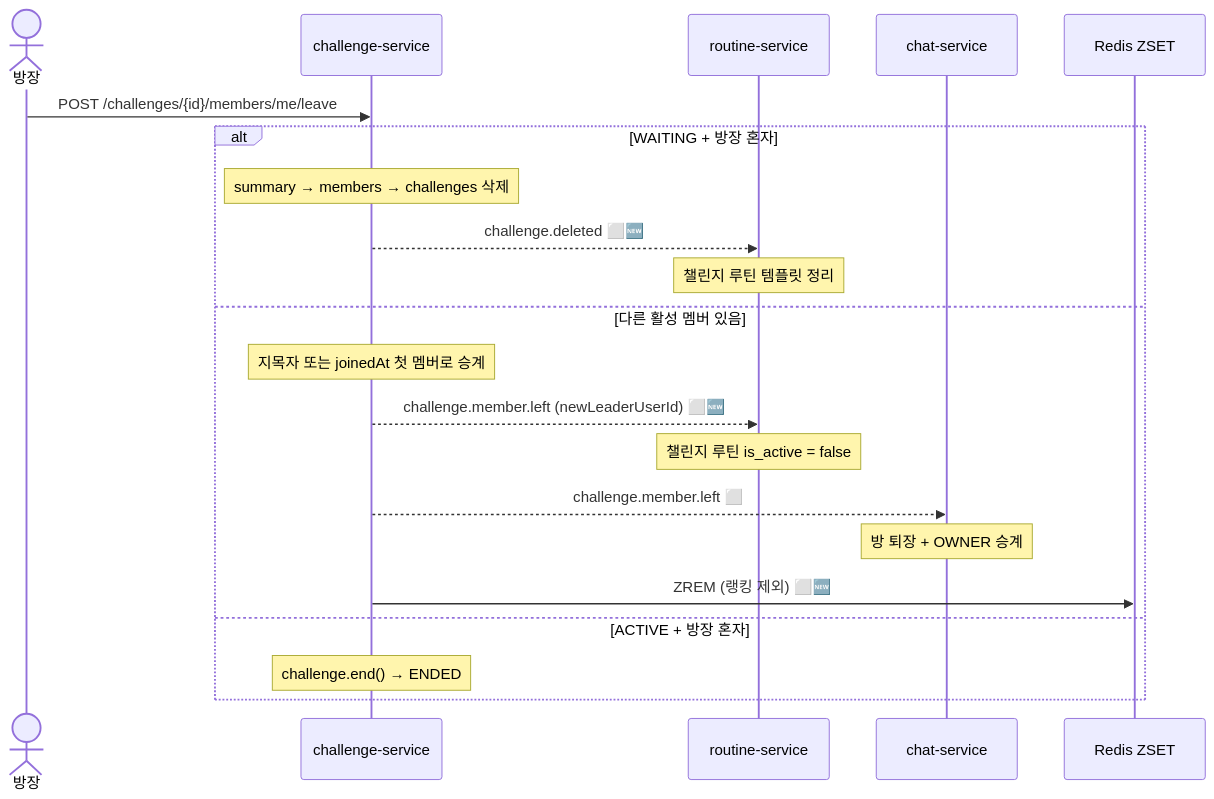
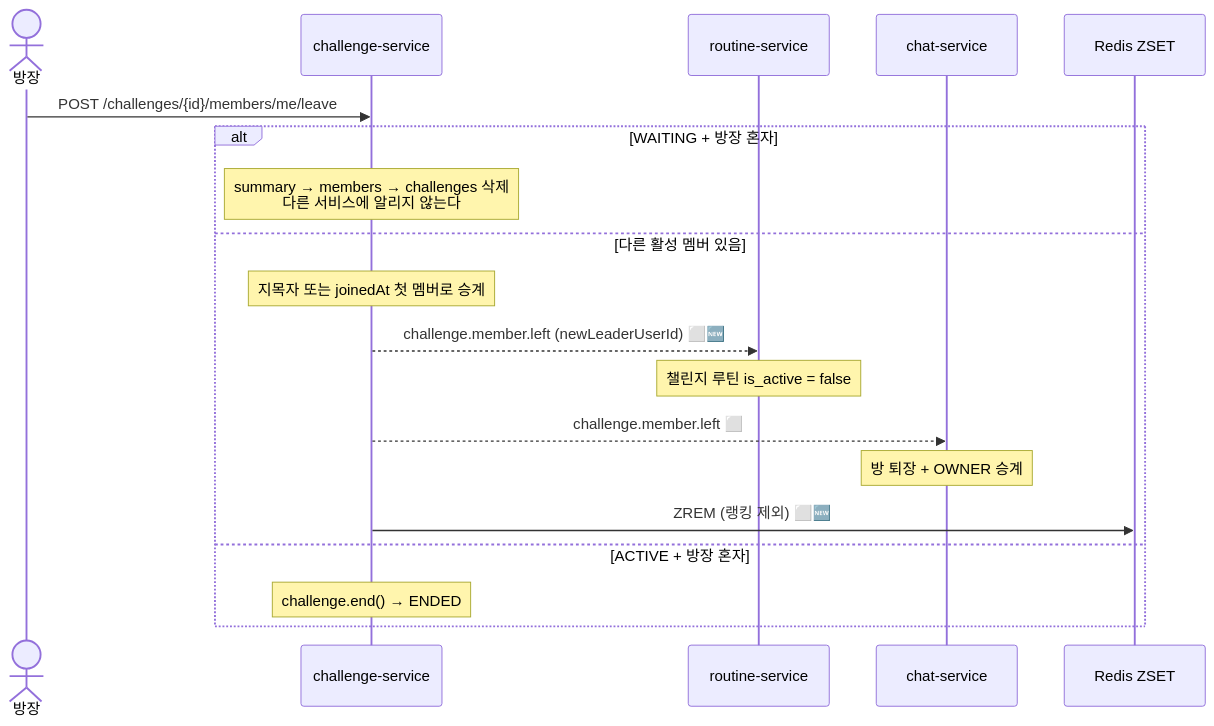
Before and after one commit to routinely-platform/routinely-backend: the fourth of 4 diagrams in docs/architecture/service-interaction-map.md, drawn with Mermaid. The commit also changed other lines of this file and 1 other file, not shown here.

Commit message:
docs: challenge.deleted 철회 — ADR-0044로 소비자가 사라져 ADR-0042 개정

````diff
--- a/docs/architecture/service-interaction-map.md
+++ b/docs/architecture/service-interaction-map.md
@@ -165,25 +164,23 @@
 ```mermaid
 sequenceDiagram
   actor L as 방장
   participant C as challenge-service
   participant R as routine-service
   participant H as chat-service
   participant Rd as Redis ZSET
 
   L->>C: POST /challenges/{id}/members/me/leave
 
   alt WAITING + 방장 혼자
-    Note over C: summary → members → challenges 삭제
-    C-->>R: challenge.deleted ⬜🆕
-    Note over R: 챌린지 루틴 템플릿 정리
+    Note over C: summary → members → challenges 삭제<br/>다른 서비스에 알리지 않는다
   else 다른 활성 멤버 있음
     Note over C: 지목자 또는 joinedAt 첫 멤버로 승계
     C-->>R: challenge.member.left (newLeaderUserId) ⬜🆕
     Note over R: 챌린지 루틴 is_active = false
     C-->>H: challenge.member.left ⬜
     Note over H: 방 퇴장 + OWNER 승계
     C->>Rd: ZREM (랭킹 제외) ⬜🆕
   else ACTIVE + 방장 혼자
     Note over C: challenge.end() → ENDED
   end
 ```
````
